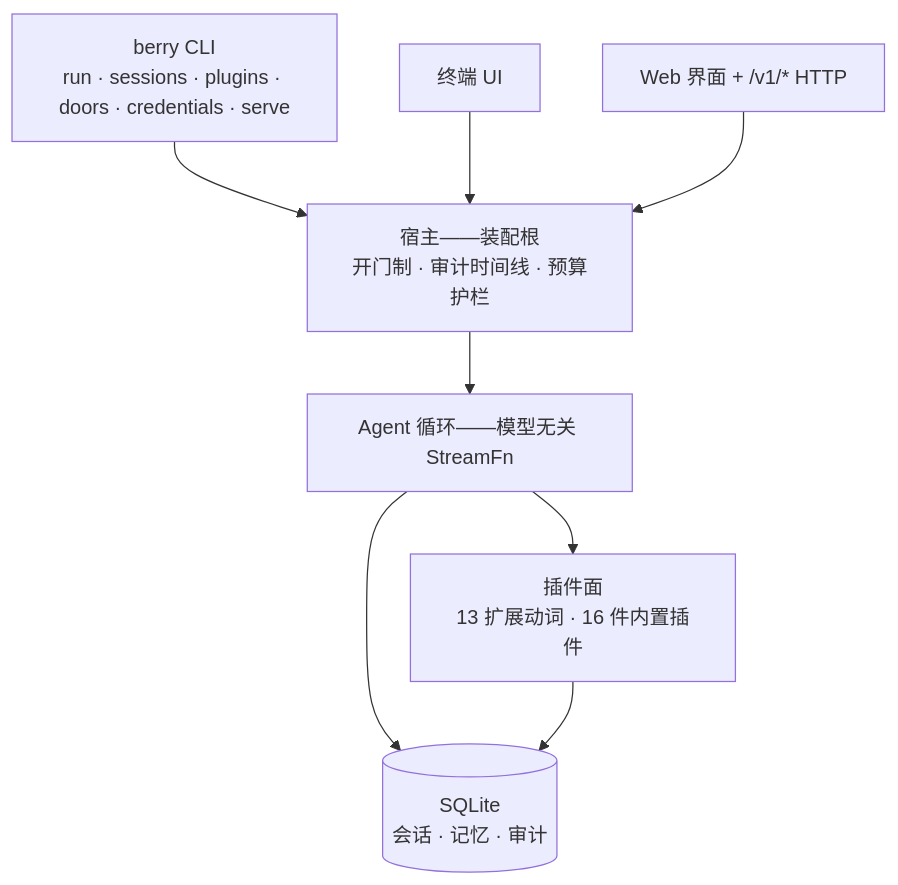
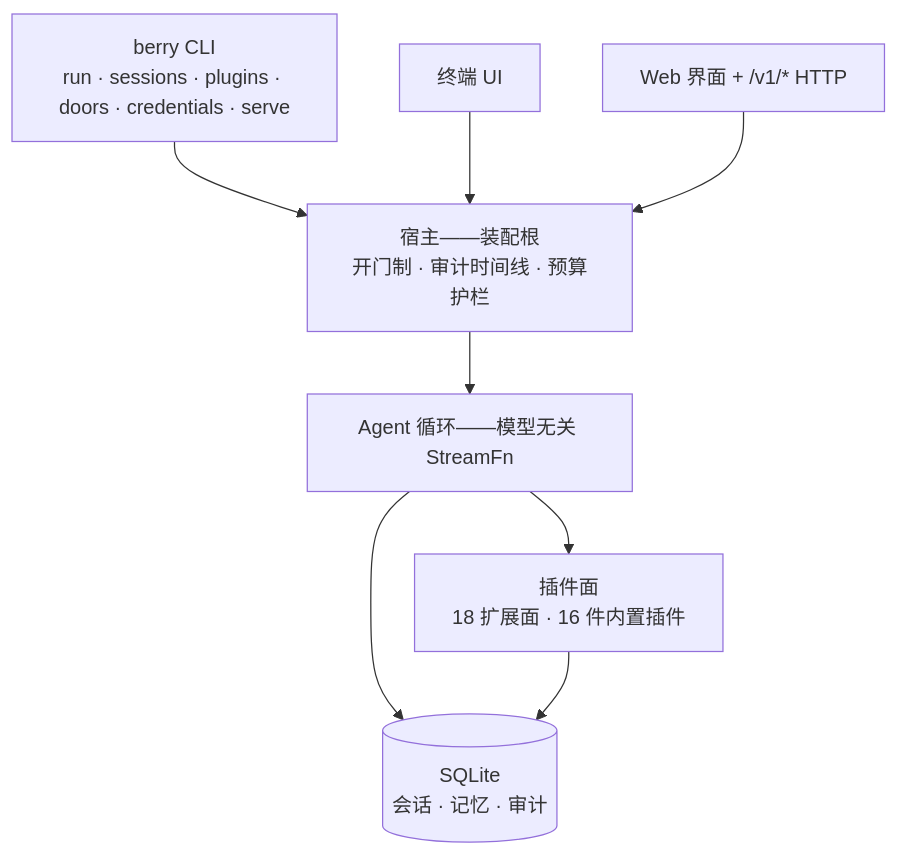
Before and after one commit to miuiadmin/berry-agent: the diagram in README.zh.md, drawn with Mermaid. The commit also changed 10 other files, not shown here.

First line of the commit message:
fix(docs): ctx 能力面表补交互/压缩策略两行 + check 半装配标注 + 六语 mermaid 18 扩展面 + 知识域死指全清（doc-1/2/4 + eng-1②/eng-4 + rl-1/rl-2）

````diff
--- a/README.zh.md
+++ b/README.zh.md
@@ -121,17 +121,17 @@
 ```mermaid
 graph TD
     CLI["berry CLI<br/>run · sessions · plugins · doors · credentials · serve"]
     TUI["终端 UI"]
     WEB["Web 界面 + /v1/* HTTP"]
     HOST["宿主——装配根<br/>开门制 · 审计时间线 · 预算护栏"]
     LOOP["Agent 循环——模型无关 StreamFn"]
-    PLUGINS["插件面<br/>13 扩展动词 · 16 件内置插件"]
+    PLUGINS["插件面<br/>18 扩展面 · 16 件内置插件"]
     STORE[("SQLite<br/>会话 · 记忆 · 审计")]
     CLI --> HOST
     TUI --> HOST
     WEB --> HOST
     HOST --> LOOP
     LOOP --> PLUGINS
     LOOP --> STORE
     PLUGINS --> STORE
 ```
````
